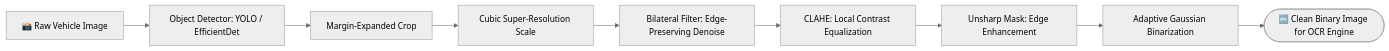
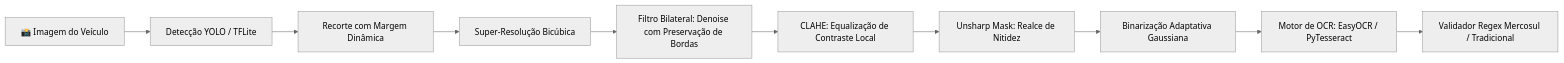
Before and after one commit to IgorBarduzzi/license-plate-detection-ocr: the diagram in README.md, drawn with Mermaid (neutral theme). The commit also changed other lines of this file and 2 other files, not shown here.

Commit message:
feat: add OCR extraction engine, Mercosul validation and documentation in Portuguese

````diff
--- a/README.md
+++ b/README.md
@@ -18,11 +15,12 @@
 ```mermaid
 graph LR
-    Input[📸 Raw Vehicle Image] --> Model[Object Detector: YOLO / EfficientDet]
-    Model --> Crop[Margin-Expanded Crop]
-    Crop --> Bicubic[Cubic Super-Resolution Scale]
-    Bicubic --> Filter[Bilateral Filter: Edge-Preserving Denoise]
-    Filter --> CLAHE[CLAHE: Local Contrast Equalization]
-    CLAHE --> Sharp[Unsharp Mask: Edge Enhancement]
-    Sharp --> Binary[Adaptive Gaussian Binarization]
-    Binary --> OCR([🔤 Clean Binary Image for OCR Engine])
+    Input[📸 Imagem do Veículo] --> Model[Detecção YOLO / TFLite]
+    Model --> Crop[Recorte com Margem Dinâmica]
+    Crop --> Bicubic[Super-Resolução Bicúbica]
+    Bicubic --> Filter[Filtro Bilateral: Denoise com Preservação de Bordas]
+    Filter --> CLAHE[CLAHE: Equalização de Contraste Local]
+    CLAHE --> Sharp[Unsharp Mask: Realce de Nitidez]
+    Sharp --> Binary[Binarização Adaptativa Gaussiana]
+    Binary --> OCR[Motor de OCR: EasyOCR / PyTesseract]
+    OCR --> Regex[Validador Regex Mercosul / Tradicional]
 ```
````
